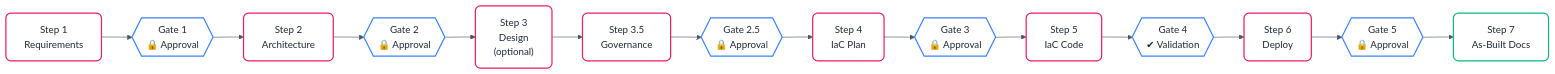
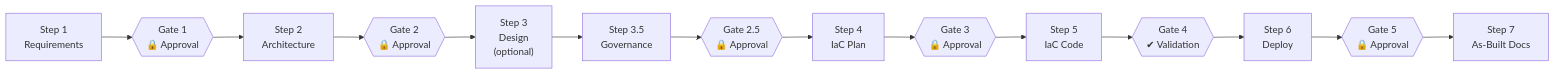
One commit to jonathan-vella/apex changed the first of 2 diagrams in site/src/content/docs/concepts/how-it-works/architecture.md. Above: the diagram before and after it, drawn with Mermaid. The commit also changed other lines of this file and 7 other files, not shown here.

First line of the commit message:
fix(docs): strip hardcoded mermaid theme overrides from 8 content files

````diff
--- a/site/src/content/docs/concepts/how-it-works/architecture.md
+++ b/site/src/content/docs/concepts/how-it-works/architecture.md
@@ -13,40 +13,22 @@
 ```mermaid
-%%{
-  init: {
-    'theme': 'base',
-    'themeVariables': {
-      'primaryColor': '#ffffff',
-      'primaryTextColor': '#333333',
-      'primaryBorderColor': '#e91e63',
-      'lineColor': '#475569',
-      'fontFamily': 'ui-sans-serif, system-ui, -apple-system, sans-serif'
-    },
-    'flowchart': {
-      'curve': 'basis',
-      'nodeSpacing': 50,
-      'rankSpacing': 50
-    }
-  }
-}%%
 flowchart LR
-    classDef default fill:#ffffff,stroke:#e91e63,stroke-width:2px,color:#1f2937,rx:8px,ry:8px;
-    classDef gate fill:#ffffff,stroke:#3b82f6,stroke-width:2px,color:#1f2937,rx:8px,ry:8px;
-    classDef endNode fill:#ffffff,stroke:#10b981,stroke-width:2px,color:#1f2937,rx:8px,ry:8px;
+
+
 
     S1["Step 1\nRequirements"]
     G1{{"Gate 1\n🔒 Approval"}}:::gate
     S2["Step 2\nArchitecture"]
     G2{{"Gate 2\n🔒 Approval"}}:::gate
     S3["Step 3\nDesign\n(optional)"]
     S35["Step 3.5\nGovernance"]
     G25{{"Gate 2.5\n🔒 Approval"}}:::gate
     S4["Step 4\nIaC Plan"]
     G3{{"Gate 3\n🔒 Approval"}}:::gate
     S5["Step 5\nIaC Code"]
     G4{{"Gate 4\n✔ Validation"}}:::gate
     S6["Step 6\nDeploy"]
     G5{{"Gate 5\n🔒 Approval"}}:::gate
     S7["Step 7\nAs-Built Docs"]:::endNode
 
     S1 --> G1 --> S2 --> G2 --> S3 --> S35 --> G25 --> S4 --> G3 --> S5 --> G4 --> S6 --> G5 --> S7
 ```
````
